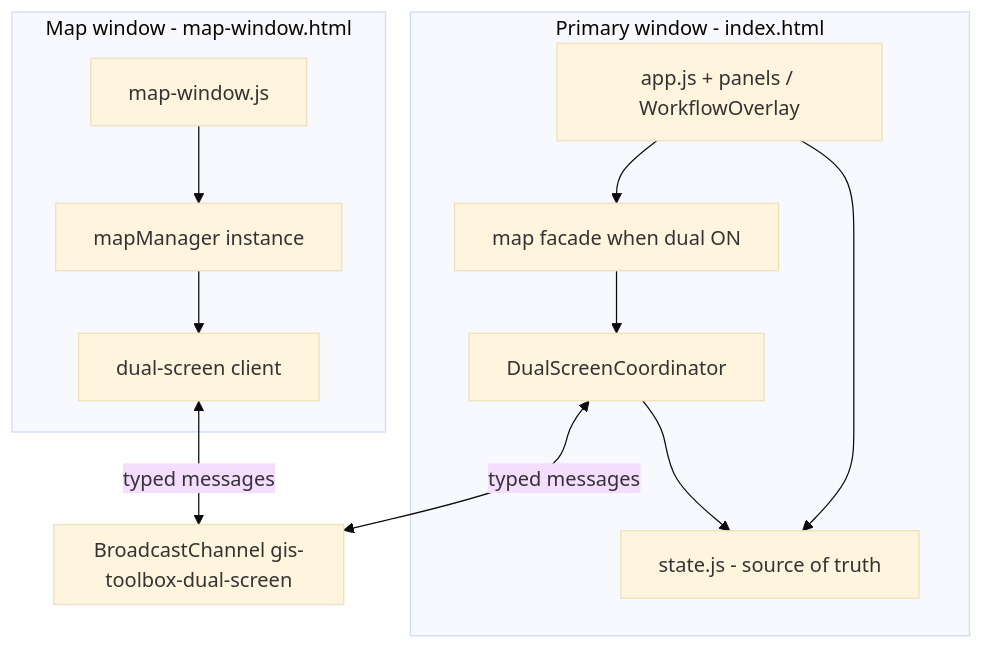
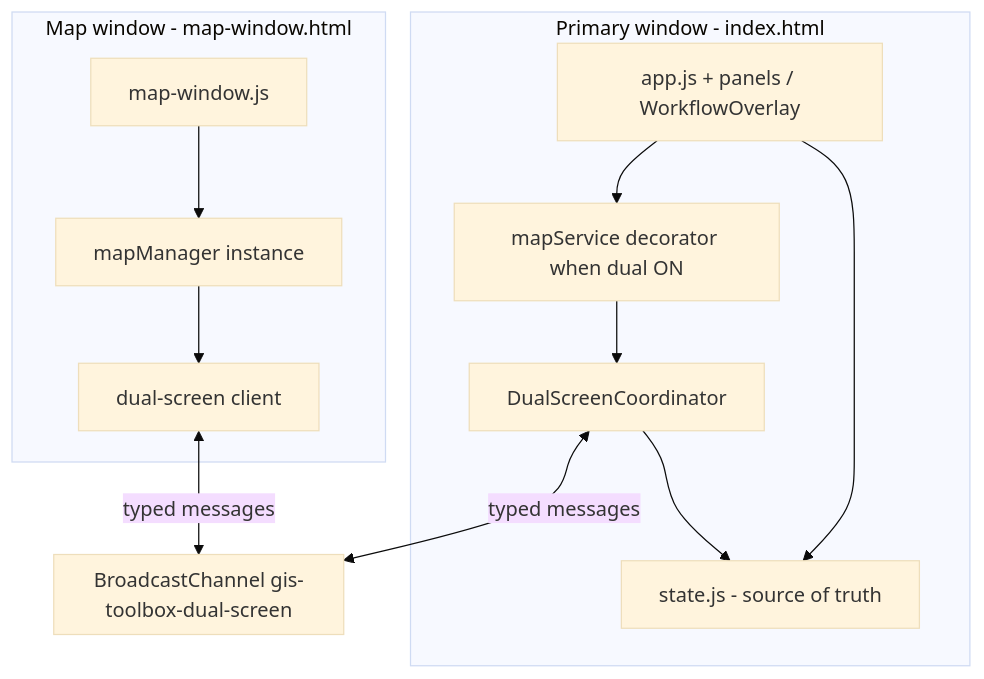
Before and after one commit to R2-Repo/staging-GIS-toolbox: the diagram in docs/DUAL_SCREEN_MODE.md, drawn with Mermaid (base theme). The commit also changed other lines of this file and 115 other files, not shown here.

````diff
--- a/docs/DUAL_SCREEN_MODE.md
+++ b/docs/DUAL_SCREEN_MODE.md
@@ -91,24 +91,24 @@
 ```mermaid
 flowchart TB
   subgraph primary [Primary window - index.html]
     App[app.js + panels / WorkflowOverlay]
     State[state.js - source of truth]
     Coord[DualScreenCoordinator]
-    Facade[map facade when dual ON]
+    Decorator[mapService decorator when dual ON]
     App --> State
-    App --> Facade
-    Facade --> Coord
+    App --> Decorator
+    Decorator --> Coord
     Coord --> State
   end
   subgraph sync [BroadcastChannel gis-toolbox-dual-screen]
   end
   subgraph secondary [Map window - map-window.html]
     MapBoot[map-window.js]
     MM[mapManager instance]
     Client[dual-screen client]
     MapBoot --> MM
     MM --> Client
   end
   Coord <-->|typed messages| sync
   Client <-->|typed messages| sync
 ```
````
